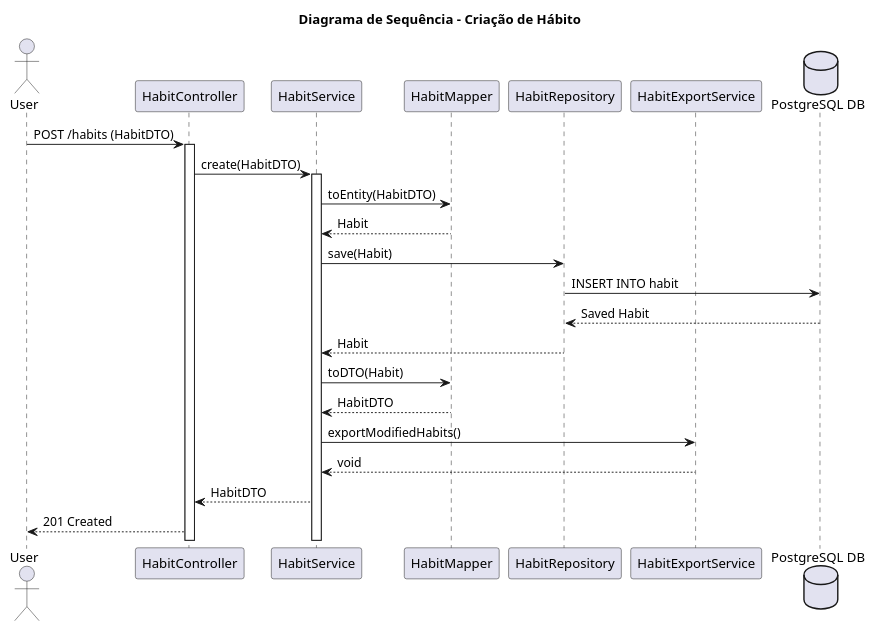
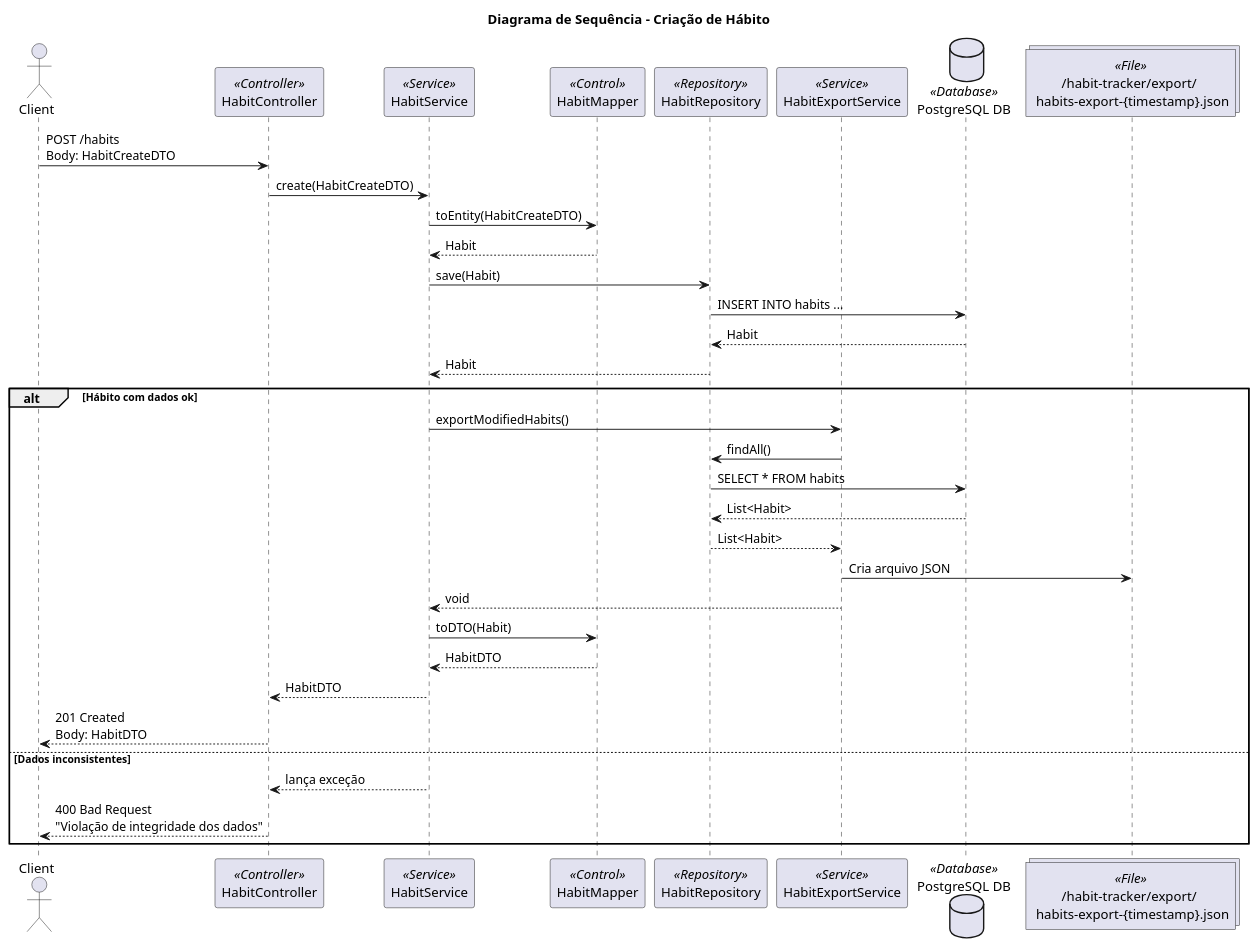
The diagram in docs/habit-create-sequence.puml (GuimaraesGus/habit-tracker), drawn with PlantUML before and after one commit. The commit also changed 12 other files, not shown here.

```diff
--- a/docs/habit-create-sequence.puml
+++ b/docs/habit-create-sequence.puml
@@ -1,28 +1,43 @@
 @startuml
 title Diagrama de Sequência - Criação de Hábito
 
-actor User
-participant "HabitController" as Controller
-participant "HabitService" as Service
-participant "HabitMapper" as Mapper
-participant "HabitRepository" as Repository
-participant "HabitExportService" as Exporter
-database "PostgreSQL DB" as DB
+actor Client
 
-User -> Controller : POST /habits (HabitDTO)
-activate Controller
-Controller -> Service : create(HabitDTO)
-activate Service
-Service -> Mapper : toEntity(HabitDTO)
+participant "HabitController" as Controller <<Controller>>
+participant "HabitService" as Service <<Service>>
+participant "HabitMapper" as Mapper <<Control>>
+participant "HabitRepository" as Repository <<Repository>>
+participant "HabitExportService" as ExportService <<Service>>
+database "PostgreSQL DB" as DB <<Database>>
+collections "/habit-tracker/export/ \n habits-export-{timestamp}.json" as File <<File>>
+
+Client -> Controller : POST /habits\nBody: HabitCreateDTO
+Controller -> Service : create(HabitCreateDTO)
+
+Service -> Mapper : toEntity(HabitCreateDTO)
 Mapper --> Service : Habit
+
 Service -> Repository : save(Habit)
-Repository -> DB : INSERT INTO habit
-DB --> Repository : Saved Habit
+Repository -> DB : INSERT INTO habits ...
+DB --> Repository : Habit
 Repository --> Service : Habit
-Service -> Mapper : toDTO(Habit)
-Mapper --> Service : HabitDTO
-Service -> Exporter : exportModifiedHabits()
-Exporter --> Service : void
-Service --> Controller : HabitDTO
-Controller --> User : 201 Created
+
+alt Hábito com dados ok
+  Service -> ExportService : exportModifiedHabits()
+  ExportService -> Repository : findAll()
+  Repository -> DB : SELECT * FROM habits
+  DB --> Repository : List<Habit>
+  Repository --> ExportService : List<Habit>
+  ExportService -> File : Cria arquivo JSON
+  ExportService --> Service : void
+
+  Service -> Mapper : toDTO(Habit)
+  Mapper --> Service : HabitDTO
+
+  Service --> Controller : HabitDTO
+  Controller --> Client : 201 Created\nBody: HabitDTO
+else Dados inconsistentes
+  Service --> Controller : lança exceção
+  Controller --> Client : 400 Bad Request\n"Violação de integridade dos dados"
+end
 @enduml
```
